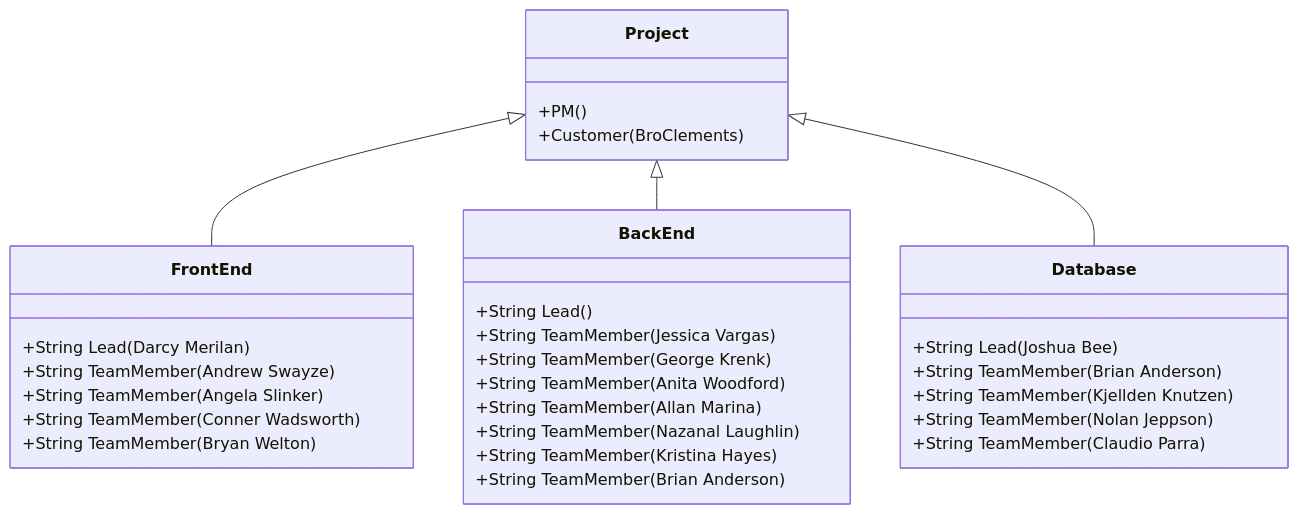
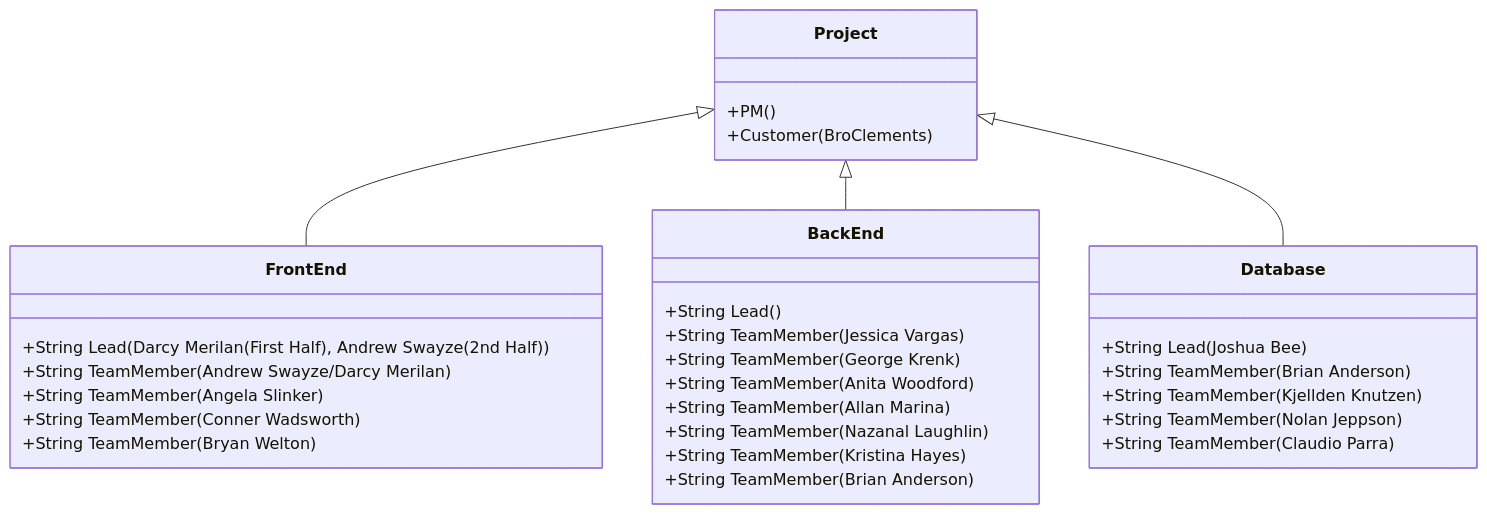
The second of 2 diagrams in ProjectManagement/OrganizationChart/OrganizationChart.md (byui-cse397/2024WinCSE490PCP), drawn with Mermaid before and after one commit.

````diff
--- a/ProjectManagement/OrganizationChart/OrganizationChart.md
+++ b/ProjectManagement/OrganizationChart/OrganizationChart.md
@@ -34,32 +34,32 @@
 ```mermaid
 classDiagram
       Project <|-- FrontEnd
       Project <|-- BackEnd
       Project <|-- Database
       Project : +PM()
       Project : +Customer(BroClements)
       class FrontEnd{
-          +String Lead(Darcy Merilan)
-          +String TeamMember(Andrew Swayze)
+          +String Lead(Darcy Merilan(First Half), Andrew Swayze(2nd Half))
+          +String TeamMember(Andrew Swayze/Darcy Merilan)
           +String TeamMember(Angela Slinker)
           +String TeamMember(Conner Wadsworth)
           +String TeamMember(Bryan Welton)
       }
       class BackEnd{
           +String Lead()
           +String TeamMember(Jessica Vargas)
           +String TeamMember(George Krenk)
           +String TeamMember(Anita Woodford)
           +String TeamMember(Allan Marina)
           +String TeamMember(Nazanal Laughlin)
           +String TeamMember(Kristina Hayes)
           +String TeamMember(Brian Anderson)
       }
       class Database{
           +String Lead(Joshua Bee)
           +String TeamMember(Brian Anderson)
           +String TeamMember(Kjellden Knutzen)
           +String TeamMember(Nolan Jeppson)
           +String TeamMember(Claudio Parra)
       }
 ```
````
